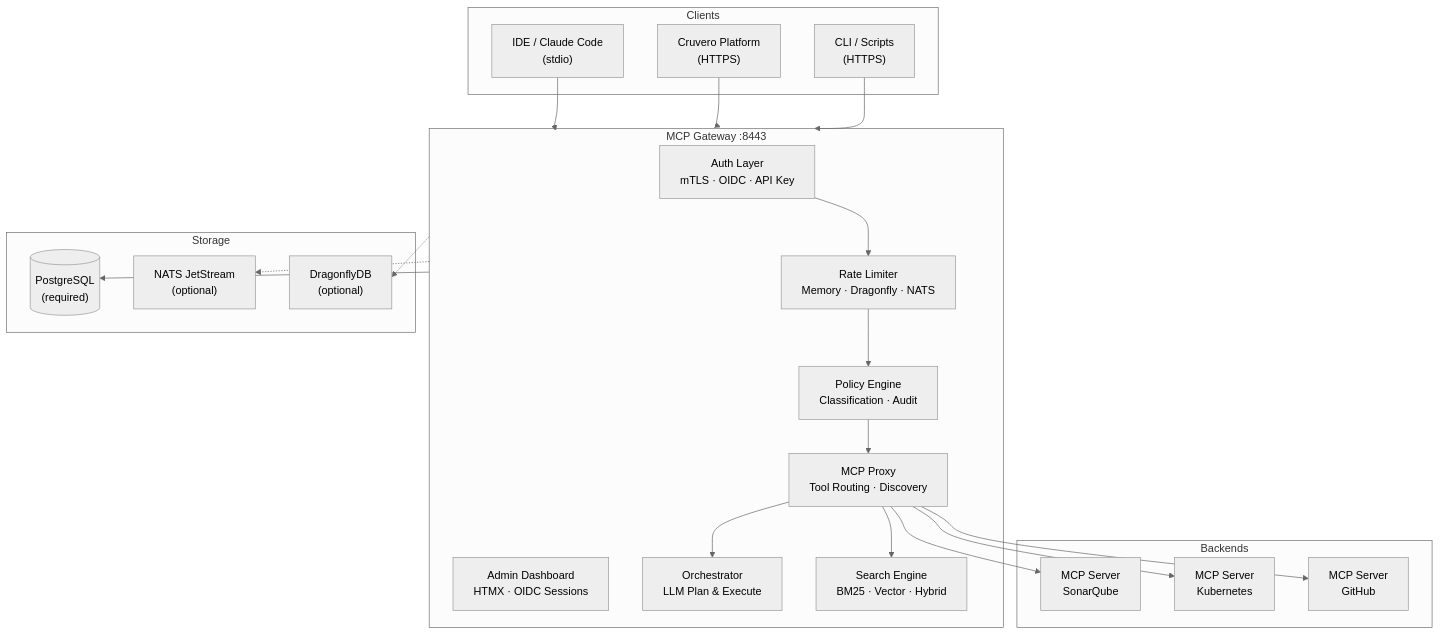
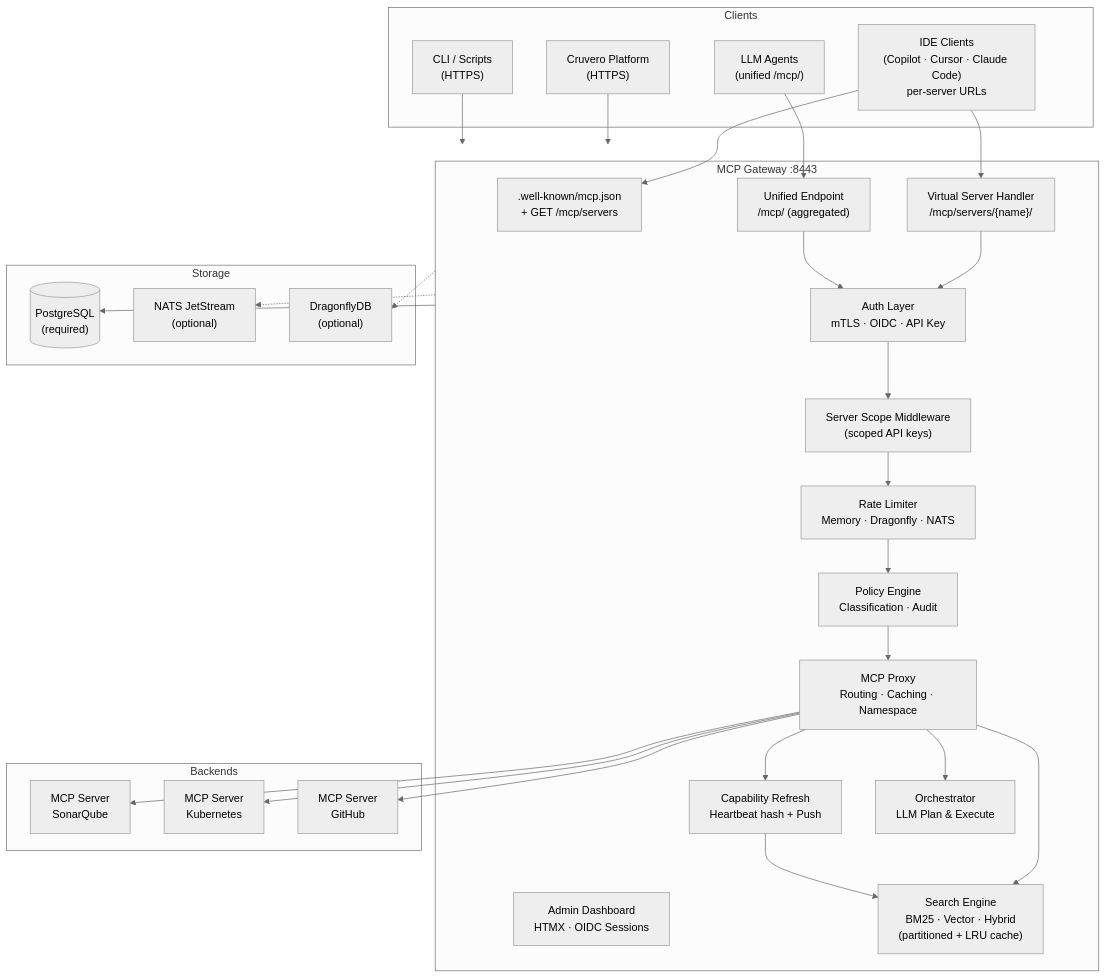
Before and after one commit to cruvero/cruvero-mcp-gateway: the first of 5 diagrams in README.md, drawn with Mermaid (neutral theme). The commit also changed other lines of this file and 12 other files, not shown here.

First line of the commit message:
docs(phase19): update README, architecture, and add feature spec

````diff
--- a/README.md
+++ b/README.md
@@ -64,43 +74,55 @@
 ```mermaid
 graph TB
     subgraph Clients
-        IDE["IDE / Claude Code<br/>(stdio)"]
+        IDE["IDE Clients<br/>(Copilot · Cursor · Claude Code)<br/>per-server URLs"]
+        LLM["LLM Agents<br/>(unified /mcp/)"]
         Platform["Cruvero Platform<br/>(HTTPS)"]
         CLI["CLI / Scripts<br/>(HTTPS)"]
     end
 
     subgraph Gateway["MCP Gateway :8443"]
+        Discovery[".well-known/mcp.json<br/>+ GET /mcp/servers"]
+        Virtual["Virtual Server Handler<br/>/mcp/servers/{name}/"]
+        Unified["Unified Endpoint<br/>/mcp/ (aggregated)"]
         Auth["Auth Layer<br/>mTLS · OIDC · API Key"]
+        Scope["Server Scope Middleware<br/>(scoped API keys)"]
         RL["Rate Limiter<br/>Memory · Dragonfly · NATS"]
         Policy["Policy Engine<br/>Classification · Audit"]
-        Proxy["MCP Proxy<br/>Tool Routing · Discovery"]
+        Proxy["MCP Proxy<br/>Routing · Caching · Namespace"]
+        Refresh["Capability Refresh<br/>Heartbeat hash + Push"]
         Admin["Admin Dashboard<br/>HTMX · OIDC Sessions"]
         Orch["Orchestrator<br/>LLM Plan & Execute"]
-        Search["Search Engine<br/>BM25 · Vector · Hybrid"]
+        Search["Search Engine<br/>BM25 · Vector · Hybrid<br/>(partitioned + LRU cache)"]
     end
 
     subgraph Storage
         PG[("PostgreSQL<br/>(required)")]
         NATS["NATS JetStream<br/>(optional)"]
         DF["DragonflyDB<br/>(optional)"]
     end
 
     subgraph Backends
         MCP1["MCP Server<br/>SonarQube"]
         MCP2["MCP Server<br/>Kubernetes"]
         MCP3["MCP Server<br/>GitHub"]
     end
 
-    IDE --> Gateway
+    IDE --> Discovery
+    IDE --> Virtual
+    LLM --> Unified
     Platform --> Gateway
     CLI --> Gateway
 
-    Auth --> RL --> Policy --> Proxy
+    Virtual --> Auth
+    Unified --> Auth
+    Auth --> Scope --> RL --> Policy --> Proxy
     Proxy --> Search
     Proxy --> Orch
+    Proxy --> Refresh
     Proxy --> MCP1 & MCP2 & MCP3
+    Refresh --> Search
 
     Gateway --> PG
     Gateway -.-> NATS
     Gateway -.-> DF
 ```
````
